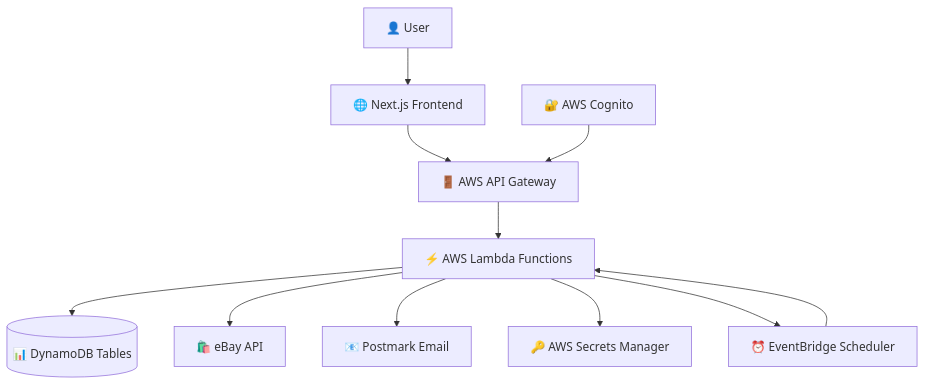
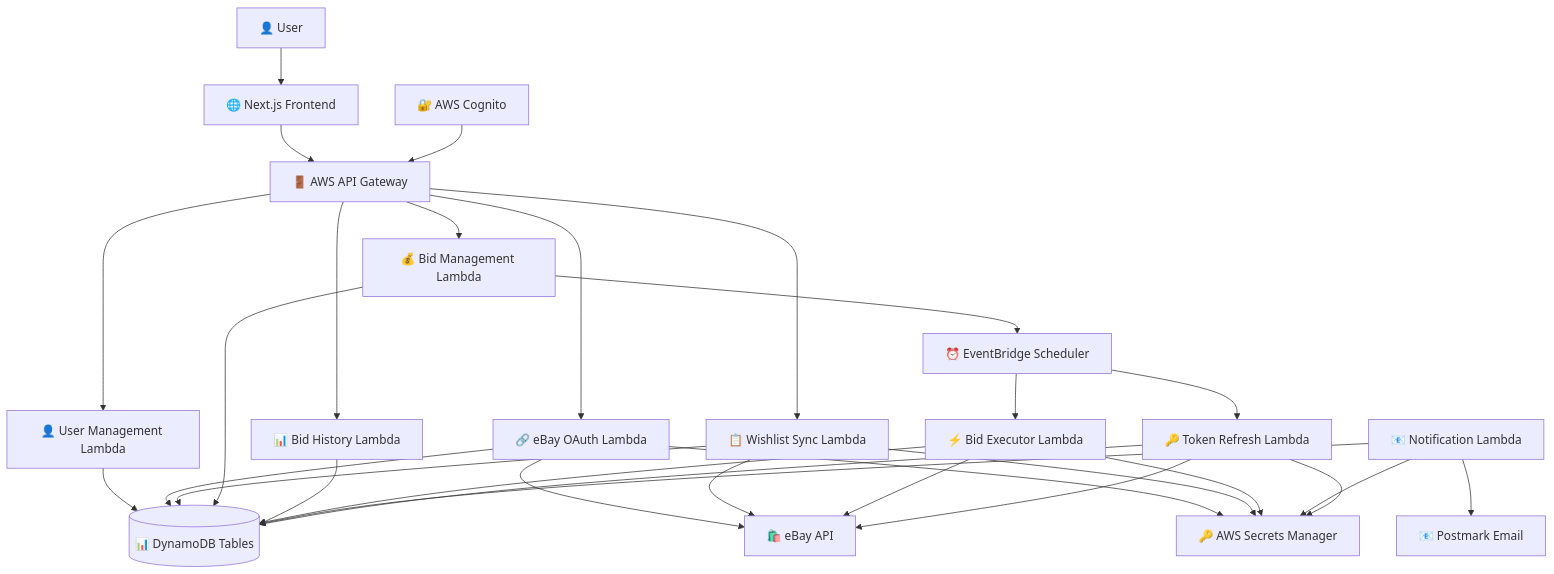
Before and after one commit to AdityaSidharta/ebay-sniper: the first of 5 diagrams in docs/data-flow.md, drawn with Mermaid. The commit also changed other lines of this file and 13 other files, not shown here.

````diff
--- a/docs/data-flow.md
+++ b/docs/data-flow.md
@@ -11,36 +11,69 @@
 ```mermaid
 graph TB
     %% User Interface Layer
     User[👤 User]
     Frontend[🌐 Next.js Frontend]
     
     %% API Gateway Layer
     APIGateway[🚪 AWS API Gateway]
     
-    %% Application Layer
-    Lambda[⚡ AWS Lambda Functions]
+    %% Application Layer - Individual Lambda Functions
+    UserMgmtLambda[👤 User Management Lambda]
+    EbayOAuthLambda[🔗 eBay OAuth Lambda]
+    WishlistSyncLambda[📋 Wishlist Sync Lambda]
+    BidMgmtLambda[💰 Bid Management Lambda]
+    BidHistoryLambda[📊 Bid History Lambda]
+    BidExecutorLambda[⚡ Bid Executor Lambda]
+    NotificationLambda[📧 Notification Lambda]
+    TokenRefreshLambda[🔑 Token Refresh Lambda]
     
     %% Data Layer
     DynamoDB[(📊 DynamoDB Tables)]
     
     %% External Services
     eBayAPI[🛍️ eBay API]
     Postmark[📧 Postmark Email]
     
     %% Authentication & Scheduling
     Cognito[🔐 AWS Cognito]
     EventBridge[⏰ EventBridge Scheduler]
     SecretsManager[🔑 AWS Secrets Manager]
     
     %% Data Flow Connections
     User --> Frontend
     Frontend --> APIGateway
-    APIGateway --> Lambda
-    Lambda --> DynamoDB
-    Lambda --> eBayAPI
-    Lambda --> Postmark
-    Lambda --> SecretsManager
-    Lambda --> EventBridge
     Cognito --> APIGateway
-    EventBridge --> Lambda
+    
+    %% API Gateway to Lambda Functions
+    APIGateway --> UserMgmtLambda
+    APIGateway --> EbayOAuthLambda
+    APIGateway --> WishlistSyncLambda
+    APIGateway --> BidMgmtLambda
+    APIGateway --> BidHistoryLambda
+    
+    %% Lambda Function Data Connections
+    UserMgmtLambda --> DynamoDB
+    EbayOAuthLambda --> DynamoDB
+    EbayOAuthLambda --> eBayAPI
+    EbayOAuthLambda --> SecretsManager
+    WishlistSyncLambda --> DynamoDB
+    WishlistSyncLambda --> eBayAPI
+    WishlistSyncLambda --> SecretsManager
+    BidMgmtLambda --> DynamoDB
+    BidMgmtLambda --> EventBridge
+    BidHistoryLambda --> DynamoDB
+    BidExecutorLambda --> DynamoDB
+    BidExecutorLambda --> eBayAPI
+    BidExecutorLambda --> SecretsManager
+    NotificationLambda --> DynamoDB
+    NotificationLambda --> Postmark
+    NotificationLambda --> SecretsManager
+    TokenRefreshLambda --> DynamoDB
+    TokenRefreshLambda --> eBayAPI
+    TokenRefreshLambda --> SecretsManager
+    
+    %% Scheduled Executions
+    EventBridge --> BidExecutorLambda
+    EventBridge --> TokenRefreshLambda
+    
 ```
````
